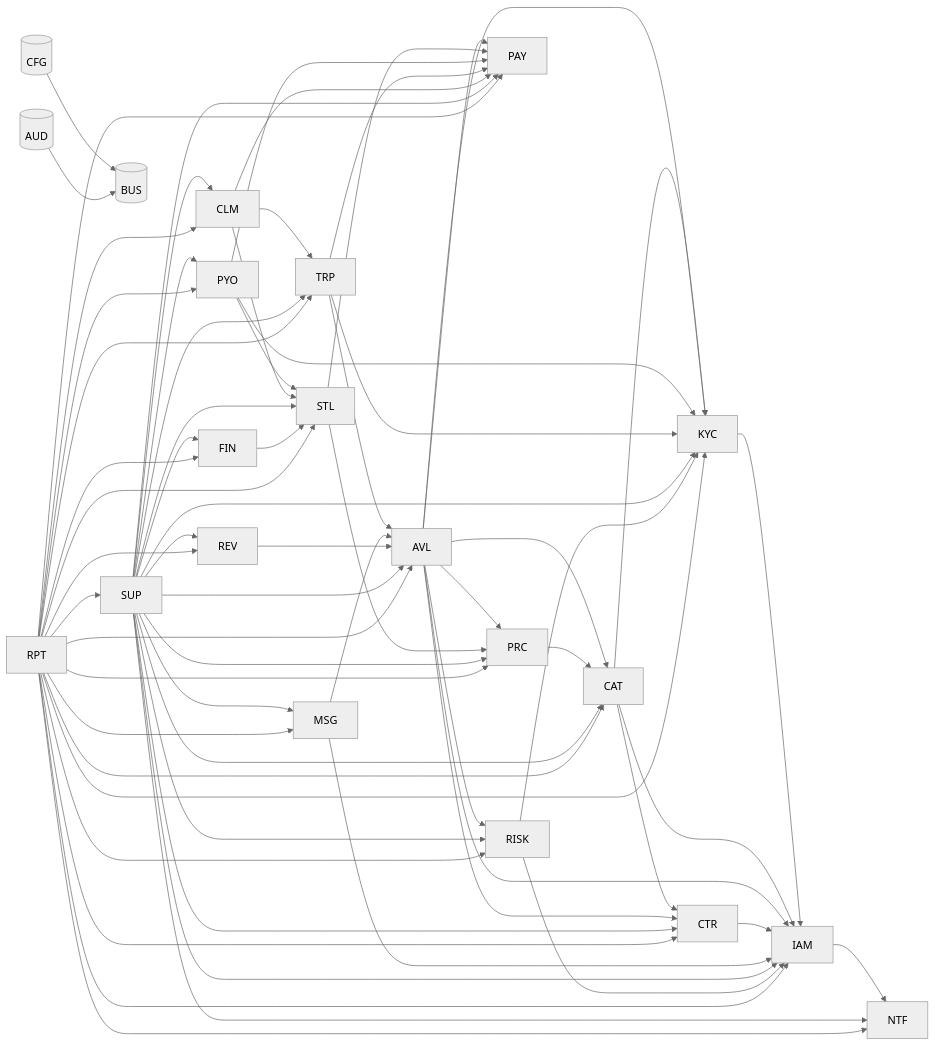
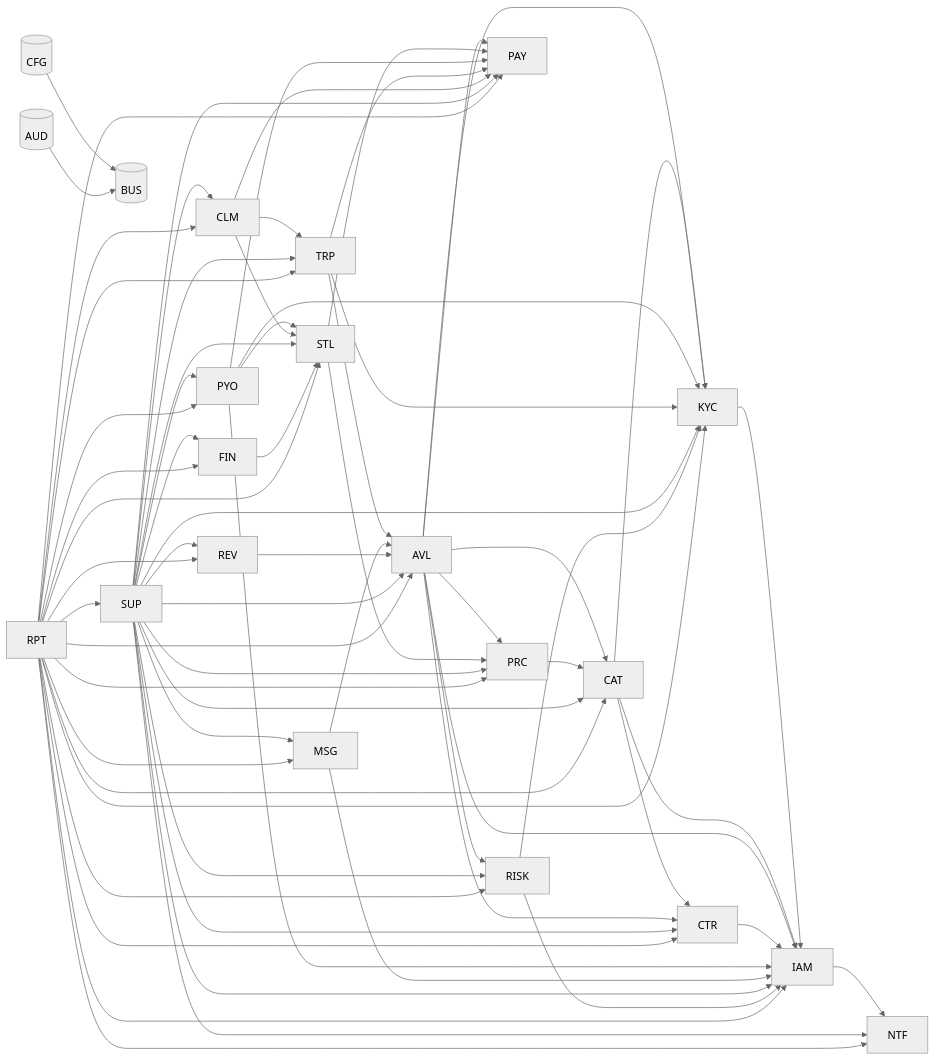
The first of 2 diagrams in docs/architecture/modules.md (Noamgitpty/rueda), drawn with Mermaid (neutral theme) before and after one commit. The commit also changed other lines of this file and 46 other files, not shown here.

```diff
--- a/docs/architecture/modules.md
+++ b/docs/architecture/modules.md
@@ -51,6 +51,7 @@
   PYO --> STL
   PYO --> PAY
   PYO --> KYC
+  PYO --> IAM
   TRP --> AVL
   TRP --> KYC
   TRP --> PAY
```
